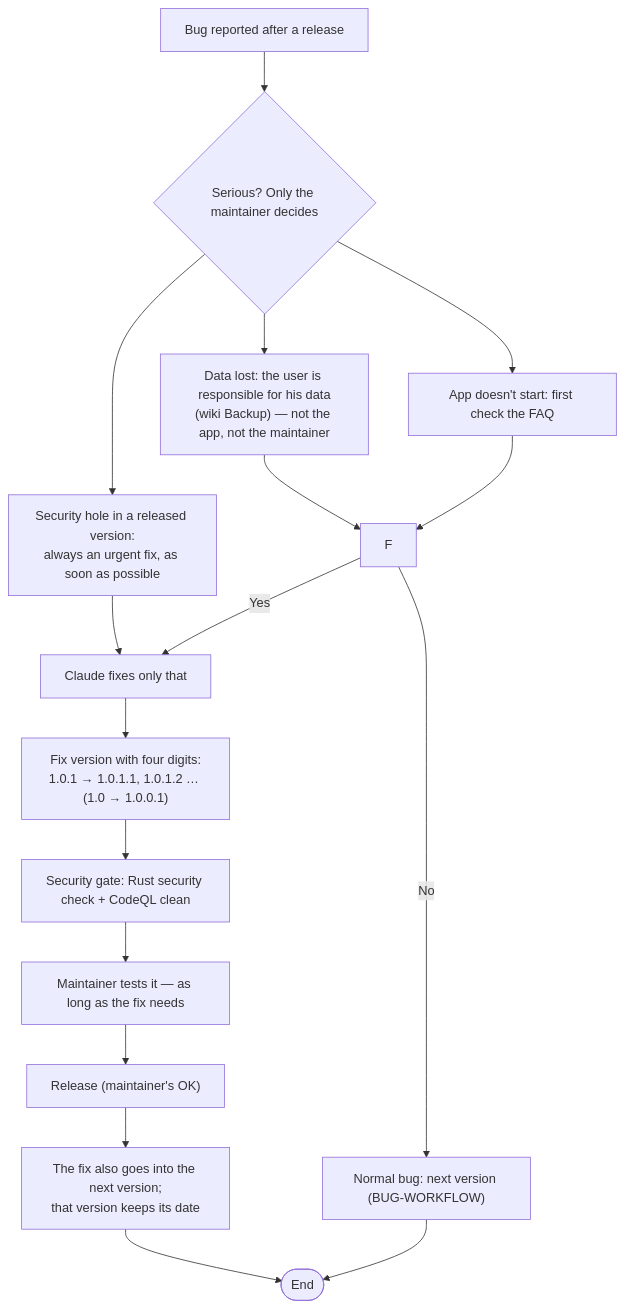
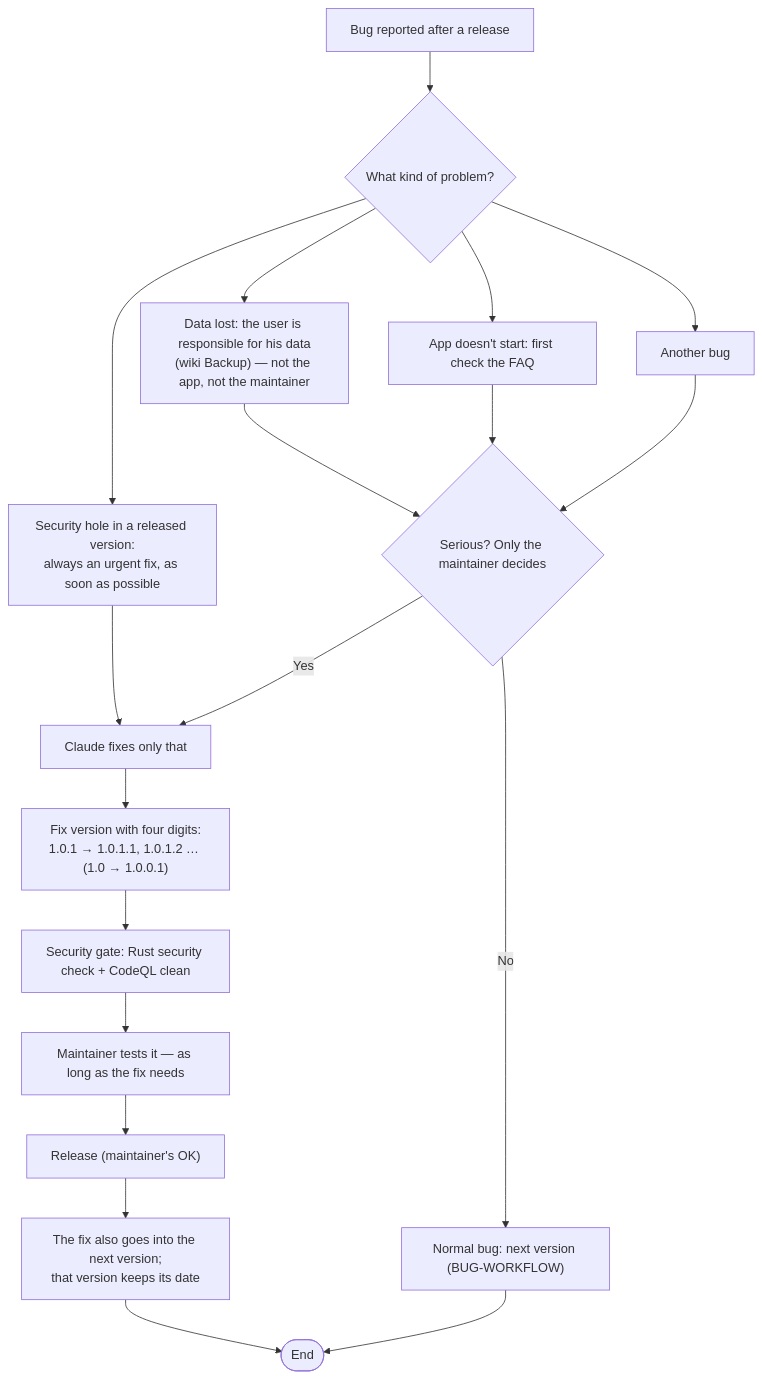
One commit to GFGMNET/Workspace changed the diagram in docs/URGENT-FIX-WORKFLOW.md. Above: the diagram before and after it, drawn with Mermaid. The commit also changed 1 other file, not shown here.

Commit message:
Fix flowcharts: urgent fix (a decision box had lost its text) and ideas (duplicate check box)
Claude-Session: https://claude.ai/code/session_01YTmHS5QesE4imbb73iBYzB

````diff
--- a/docs/URGENT-FIX-WORKFLOW.md
+++ b/docs/URGENT-FIX-WORKFLOW.md
@@ -5,19 +5,21 @@
 ```mermaid
 flowchart TD
-   A["Bug reported after a release"] --> B{"Serious? Only the maintainer decides"}
+   A["Bug reported after a release"] --> B{"What kind of problem?"}
    B --> C["Security hole in a released version:<br/>always an urgent fix, as soon as possible"]
    B --> D["Data lost: the user is responsible for his data<br/>(wiki Backup) — not the app, not the maintainer"]
    B --> E["App doesn't start: first check the FAQ"]
-   C --> H{"Serious?"}
-   D --> F
+   B --> O["Another bug"]
+   C --> H["Claude fixes only that"]
+   D --> F{"Serious? Only the maintainer decides"}
    E --> F
+   O --> F
    F -->|No| G["Normal bug: next version (BUG-WORKFLOW)"]
-   F -->|Yes| H["Claude fixes only that"]
+   F -->|Yes| H
    H --> I["Fix version with four digits:<br/>1.0.1 → 1.0.1.1, 1.0.1.2 … (1.0 → 1.0.0.1)"]
    I --> J["Security gate: Rust security check + CodeQL clean"]
    J --> K["Maintainer tests it — as long as the fix needs"]
    K --> L["Release (maintainer's OK)"]
    L --> N["The fix also goes into the next version;<br/>that version keeps its date"]
    N --> M([End])
    G --> M
 ```
````
